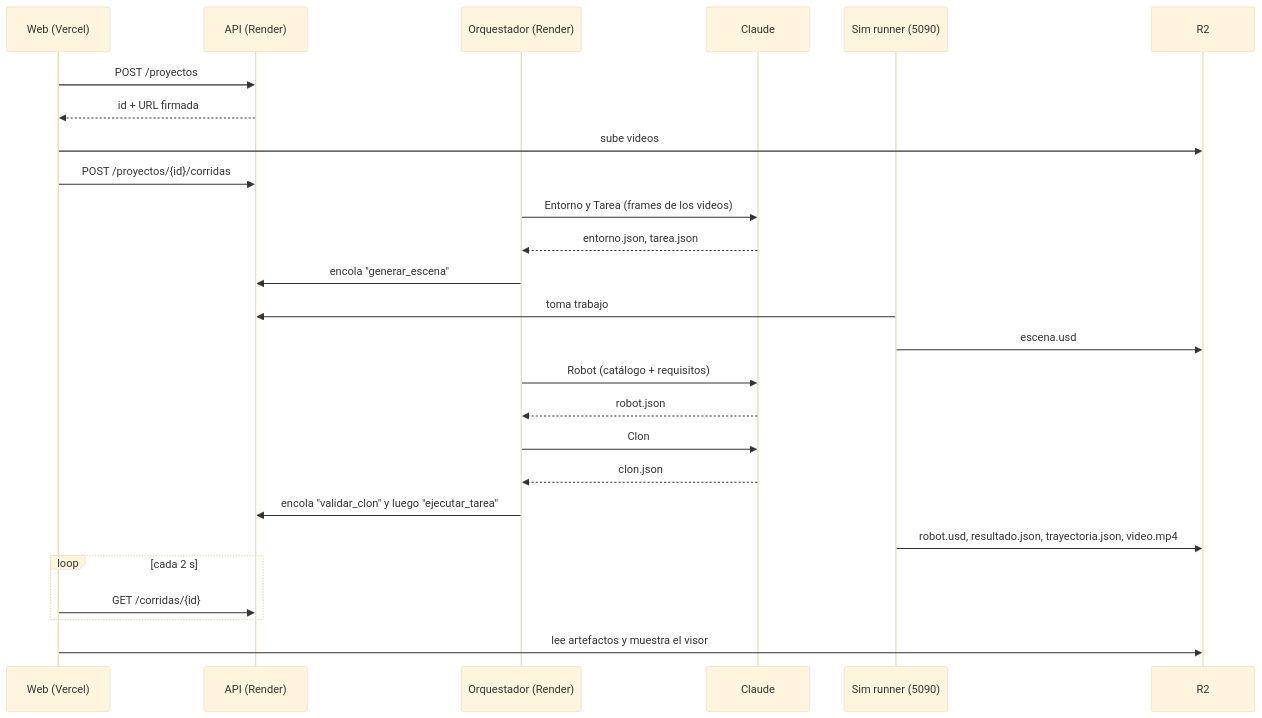
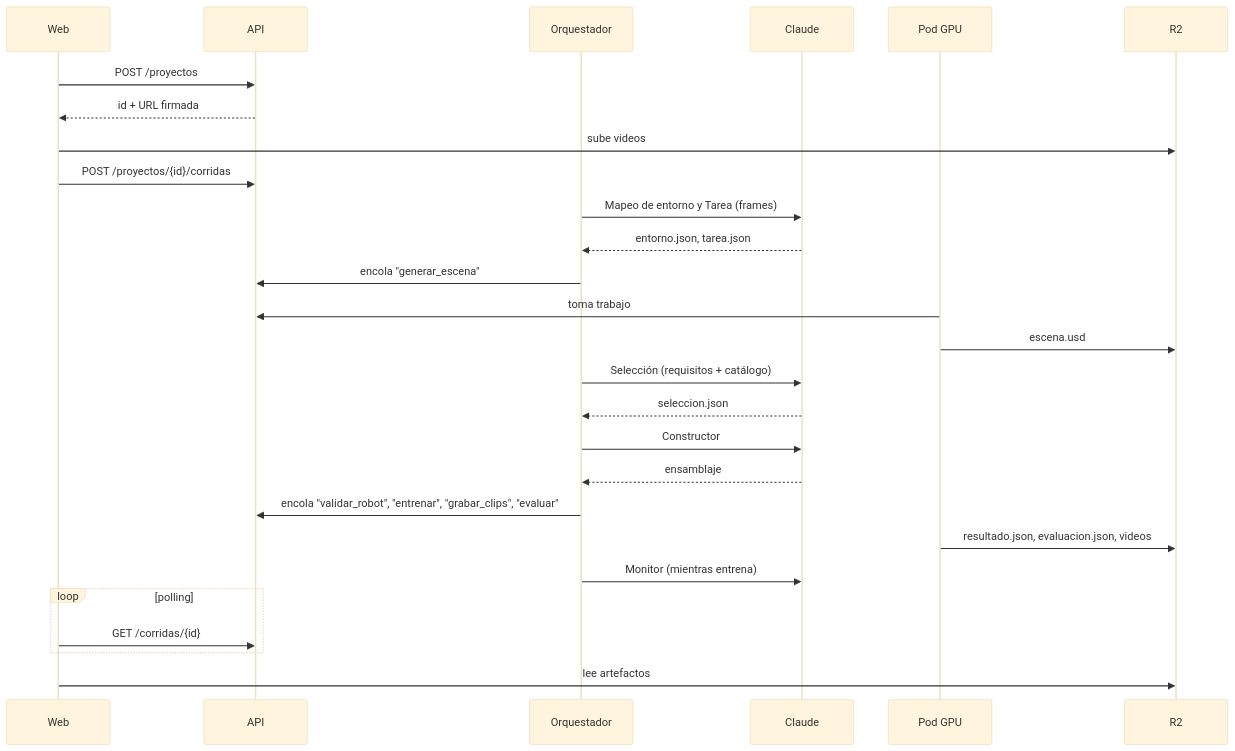
Before and after one commit to platanus-hack/platanus-hack-26-cl-team-4: the third of 4 diagrams in docs/arquitectura.md, drawn with Mermaid (base theme). The commit also changed other lines of this file and 4 other files, not shown here.

````diff
--- a/docs/arquitectura.md
+++ b/docs/arquitectura.md
@@ -95,28 +122,29 @@
 ```mermaid
 sequenceDiagram
-  participant W as Web (Vercel)
-  participant A as API (Render)
-  participant O as Orquestador (Render)
+  participant W as Web
+  participant A as API
+  participant O as Orquestador
   participant C as Claude
-  participant G as Sim runner (5090)
+  participant G as Pod GPU
   participant S as R2
   W->>A: POST /proyectos
   A-->>W: id + URL firmada
   W->>S: sube videos
   W->>A: POST /proyectos/{id}/corridas
-  O->>C: Entorno y Tarea (frames de los videos)
+  O->>C: Mapeo de entorno y Tarea (frames)
   C-->>O: entorno.json, tarea.json
   O->>A: encola "generar_escena"
   G->>A: toma trabajo
   G->>S: escena.usd
-  O->>C: Robot (catálogo + requisitos)
-  C-->>O: robot.json
-  O->>C: Clon
-  C-->>O: clon.json
-  O->>A: encola "validar_clon" y luego "ejecutar_tarea"
-  G->>S: robot.usd, resultado.json, trayectoria.json, video.mp4
-  loop cada 2 s
+  O->>C: Selección (requisitos + catálogo)
+  C-->>O: seleccion.json
+  O->>C: Constructor
+  C-->>O: ensamblaje
+  O->>A: encola "validar_robot", "entrenar", "grabar_clips", "evaluar"
+  G->>S: resultado.json, evaluacion.json, videos
+  O->>C: Monitor (mientras entrena)
+  loop polling
     W->>A: GET /corridas/{id}
   end
-  W->>S: lee artefactos y muestra el visor
+  W->>S: lee artefactos
 ```
````
